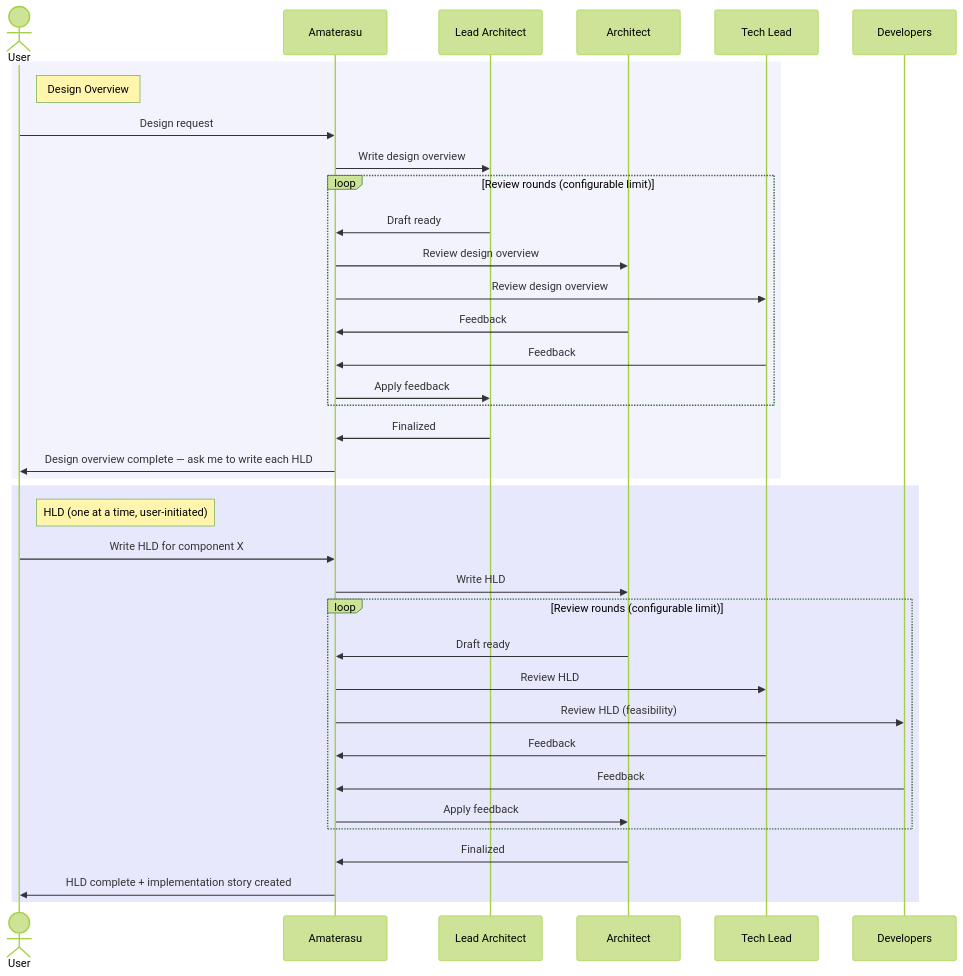
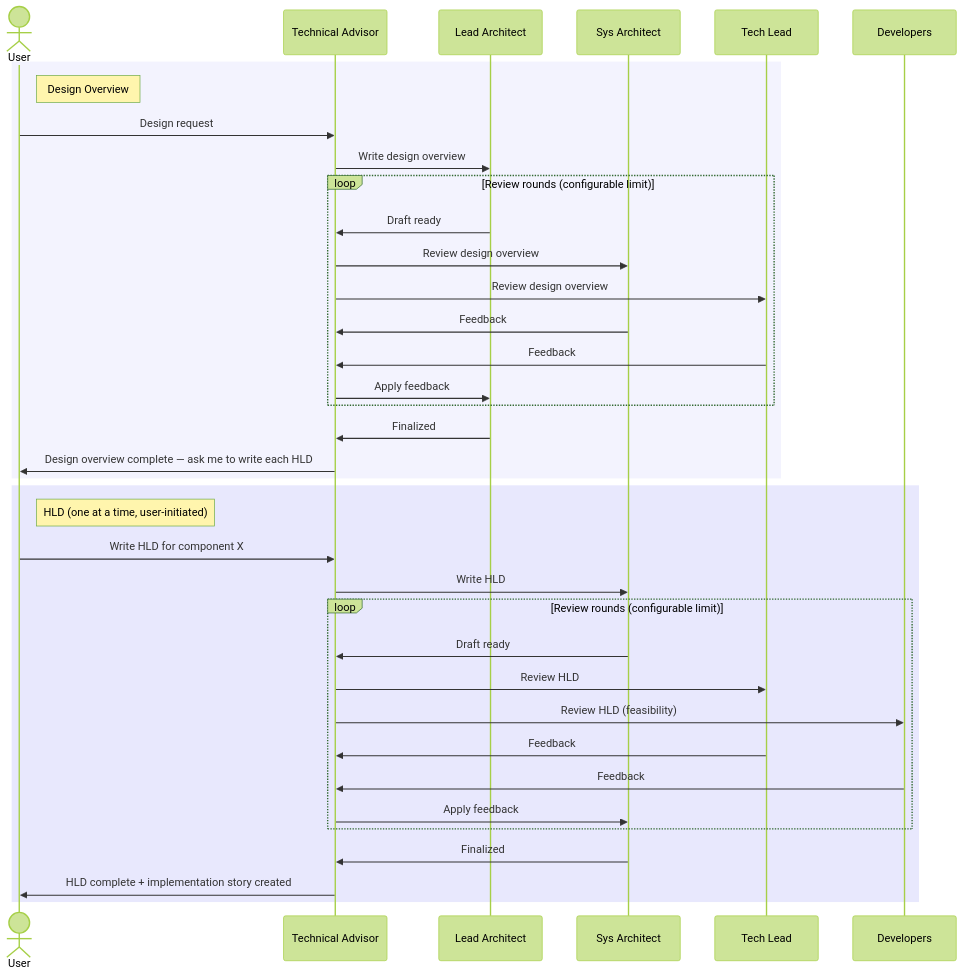
Before and after one commit to dragoscirjan/opencode-config: the fifth of 6 diagrams in README_DEV.md, drawn with Mermaid (forest theme). The commit also changed other lines of this file and 105 other files, not shown here.

````diff
--- a/README_DEV.md
+++ b/README_DEV.md
@@ -149,41 +149,41 @@
 ```mermaid
 sequenceDiagram
     actor User
-    participant A as Amaterasu
+    participant TA as Technical Advisor
     participant LA as Lead Architect
-    participant Arch as Architect
+    participant SA as Sys Architect
     participant TL as Tech Lead
     participant Devs as Developers
 
     rect rgb(99, 102, 241, 0.08)
     note right of User: Design Overview
-    User->>A: Design request
-    A->>LA: Write design overview
+    User->>TA: Design request
+    TA->>LA: Write design overview
     loop Review rounds (configurable limit)
-        LA->>A: Draft ready
-        A->>Arch: Review design overview
-        A->>TL: Review design overview
-        Arch->>A: Feedback
-        TL->>A: Feedback
-        A->>LA: Apply feedback
+        LA->>TA: Draft ready
+        TA->>SA: Review design overview
+        TA->>TL: Review design overview
+        SA->>TA: Feedback
+        TL->>TA: Feedback
+        TA->>LA: Apply feedback
     end
-    LA->>A: Finalized
-    A->>User: Design overview complete — ask me to write each HLD
+    LA->>TA: Finalized
+    TA->>User: Design overview complete — ask me to write each HLD
     end
 
     rect rgb(99, 102, 241, 0.15)
     note right of User: HLD (one at a time, user-initiated)
-    User->>A: Write HLD for component X
-    A->>Arch: Write HLD
+    User->>TA: Write HLD for component X
+    TA->>SA: Write HLD
     loop Review rounds (configurable limit)
-        Arch->>A: Draft ready
-        A->>TL: Review HLD
-        A->>Devs: Review HLD (feasibility)
-        TL->>A: Feedback
-        Devs->>A: Feedback
-        A->>Arch: Apply feedback
+        SA->>TA: Draft ready
+        TA->>TL: Review HLD
+        TA->>Devs: Review HLD (feasibility)
+        TL->>TA: Feedback
+        Devs->>TA: Feedback
+        TA->>SA: Apply feedback
     end
-    Arch->>A: Finalized
-    A->>User: HLD complete + implementation story created
+    SA->>TA: Finalized
+    TA->>User: HLD complete + implementation story created
     end
 ```
````
